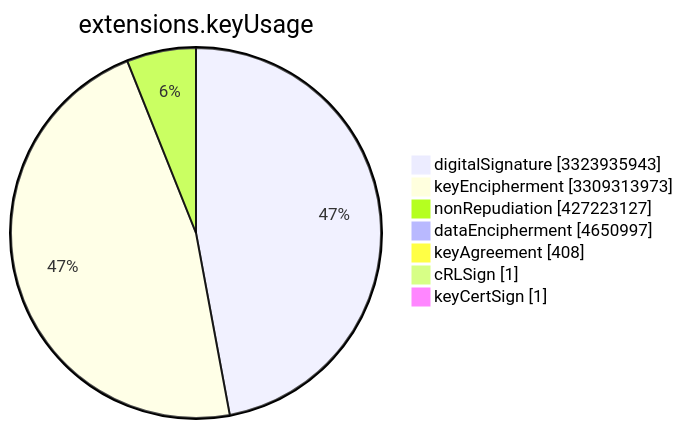
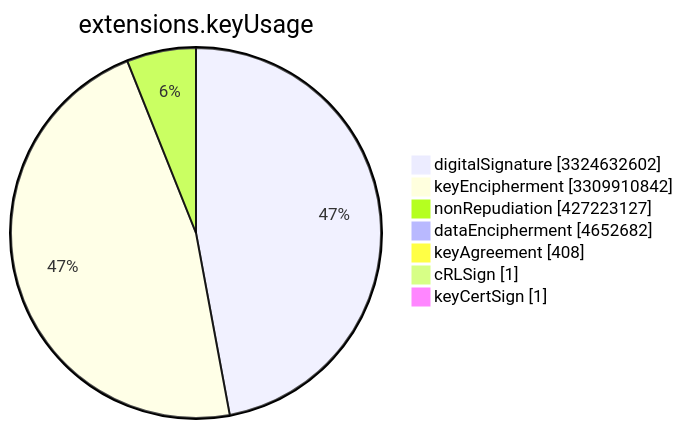
The sixth of 15 diagrams in TOTAL/README.md (christiankrug/ctmonitor_visualization), drawn with Mermaid before and after one commit. The commit also changed other lines of this file, not shown here.

````diff
--- a/TOTAL/README.md
+++ b/TOTAL/README.md
@@ -3078,11 +3078,11 @@
 ```mermaid
 pie showData
 title extensions.keyUsage
-"digitalSignature" :3323935943
-"keyEncipherment" :3309313973
+"digitalSignature" :3324632602
+"keyEncipherment" :3309910842
 "nonRepudiation" :427223127
-"dataEncipherment" :4650997
+"dataEncipherment" :4652682
 "keyAgreement" :408
 "cRLSign" :1
 "keyCertSign" :1
 ```
````
